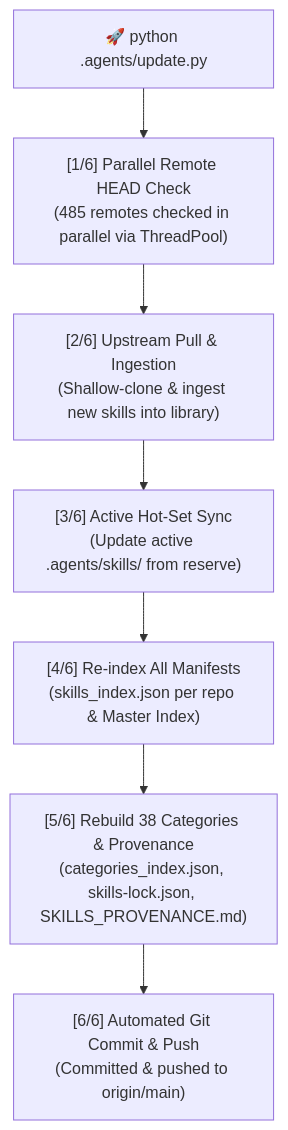
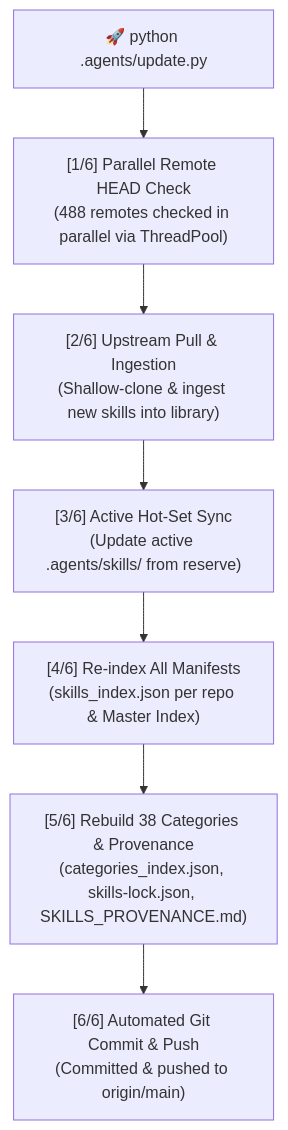
One commit to SeaXen/agentskills changed the diagram in README.md. Above: the diagram before and after it, drawn with Mermaid. The commit also changed other lines of this file and 10816 other files, not shown here.

````diff
--- a/README.md
+++ b/README.md
@@ -155,9 +155,9 @@
 ```mermaid
 flowchart TD
-    A["🚀 python .agents/update.py"] --> B["[1/6] Parallel Remote HEAD Check<br/>(485 remotes checked in parallel via ThreadPool)"]
+    A["🚀 python .agents/update.py"] --> B["[1/6] Parallel Remote HEAD Check<br/>(488 remotes checked in parallel via ThreadPool)"]
     B --> C["[2/6] Upstream Pull & Ingestion<br/>(Shallow-clone & ingest new skills into library)"]
     C --> D["[3/6] Active Hot-Set Sync<br/>(Update active .agents/skills/ from reserve)"]
     D --> E["[4/6] Re-index All Manifests<br/>(skills_index.json per repo & Master Index)"]
     E --> F["[5/6] Rebuild 38 Categories & Provenance<br/>(categories_index.json, skills-lock.json, SKILLS_PROVENANCE.md)"]
     F --> G["[6/6] Automated Git Commit & Push<br/>(Committed & pushed to origin/main)"]
 ```
````
